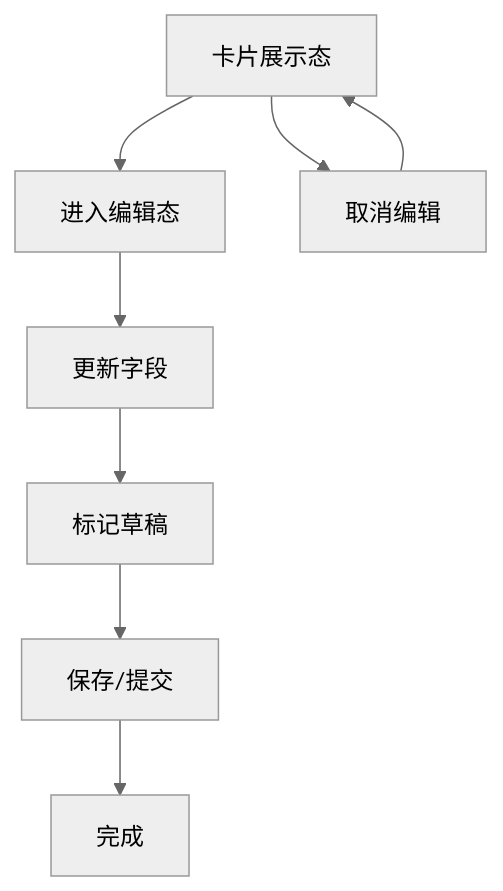
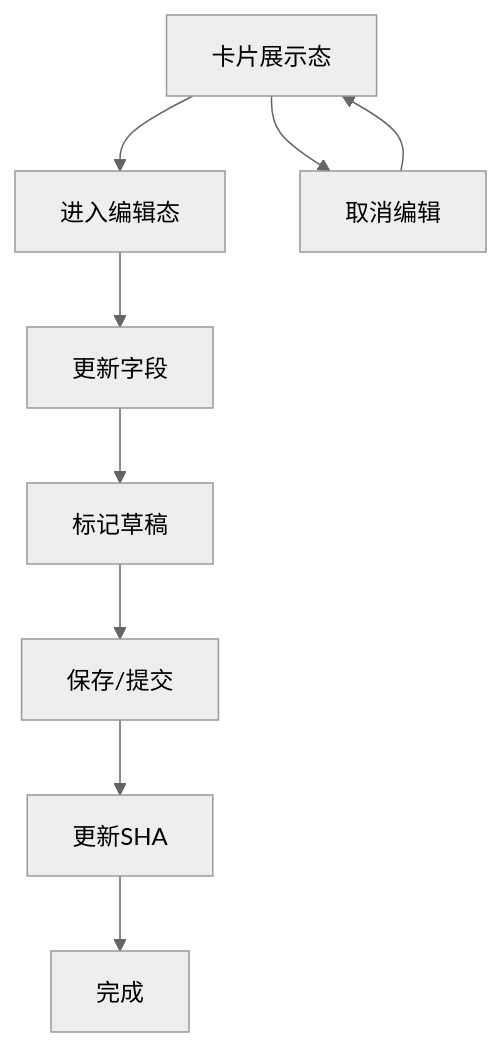
Before and after one commit to olx2990684400-sketch/olx-my-blog: the sixth of 11 diagrams in .qoder/repowiki/zh/content/组件系统/编辑组件.md, drawn with Mermaid (neutral theme). The commit also changed other lines of this file and 6 other files, not shown here.

````diff
--- a/.qoder/repowiki/zh/content/组件系统/编辑组件.md
+++ b/.qoder/repowiki/zh/content/组件系统/编辑组件.md
@@ -303,10 +323,11 @@
 ```mermaid
 flowchart TD
 View["卡片展示态"] --> Edit["进入编辑态"]
 Edit --> Update["更新字段"]
 Update --> Draft["标记草稿"]
 Draft --> Save["保存/提交"]
-Save --> Done["完成"]
+Save --> Version["更新SHA"]
+Version --> Done["完成"]
 View --> Cancel["取消编辑"]
 Cancel --> View
 ```
````
